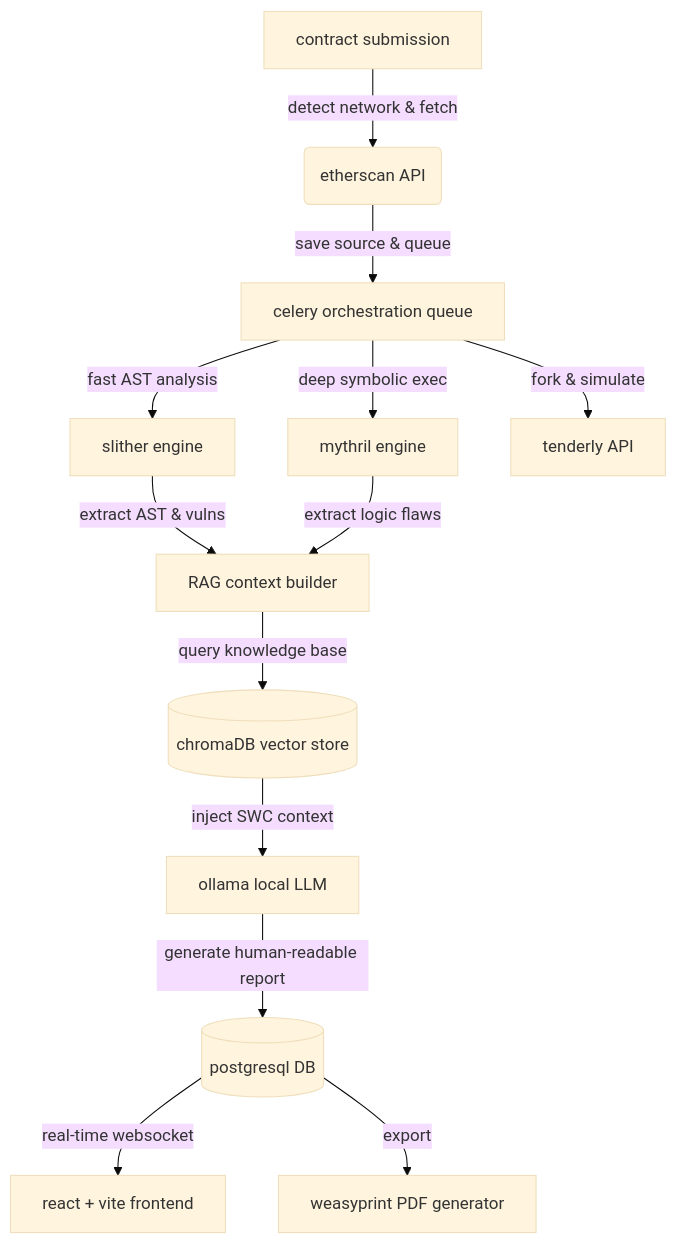
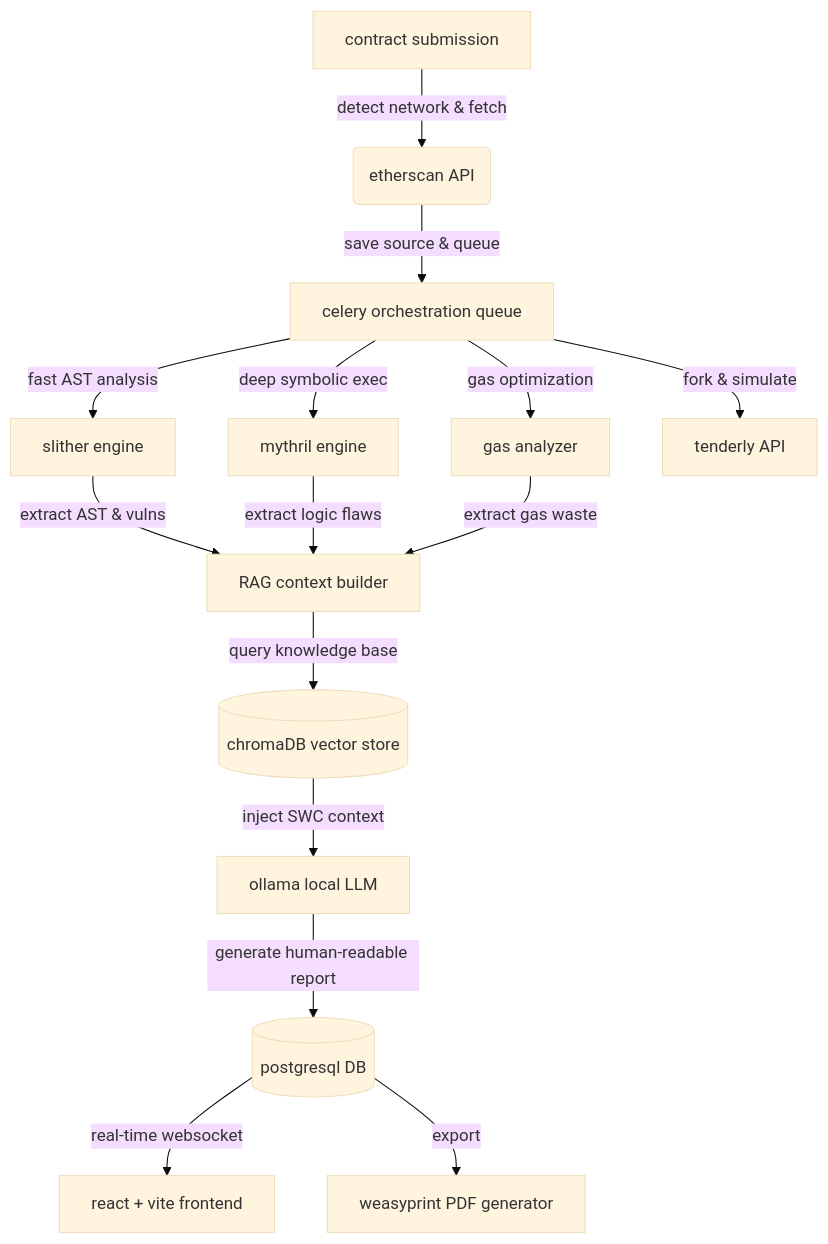
The diagram in README.md (bettercallok/web3Scanner), drawn with Mermaid (base theme) before and after one commit. The commit also changed other lines of this file, not shown here.

````diff
--- a/README.md
+++ b/README.md
@@ -10,19 +9,21 @@
 ```mermaid
 graph TD
     A[contract submission] -->|detect network & fetch| B(etherscan API)
     B -->|save source & queue| C[celery orchestration queue]
     
     C -->|fast AST analysis| D[slither engine]
     C -->|deep symbolic exec| E[mythril engine]
+    C -->|gas optimization| G_ENG[gas analyzer]
     C -->|fork & simulate| F[tenderly API]
     
     D -->|extract AST & vulns| G[RAG context builder]
     E -->|extract logic flaws| G
+    G_ENG -->|extract gas waste| G
     
     G -->|query knowledge base| H[(chromaDB vector store)]
     H -->|inject SWC context| I[ollama local LLM]
     
     I -->|generate human-readable report| J[(postgresql DB)]
     J -->|real-time websocket| K[react + vite frontend]
     J -->|export| L[weasyprint PDF generator]
 ```
````
